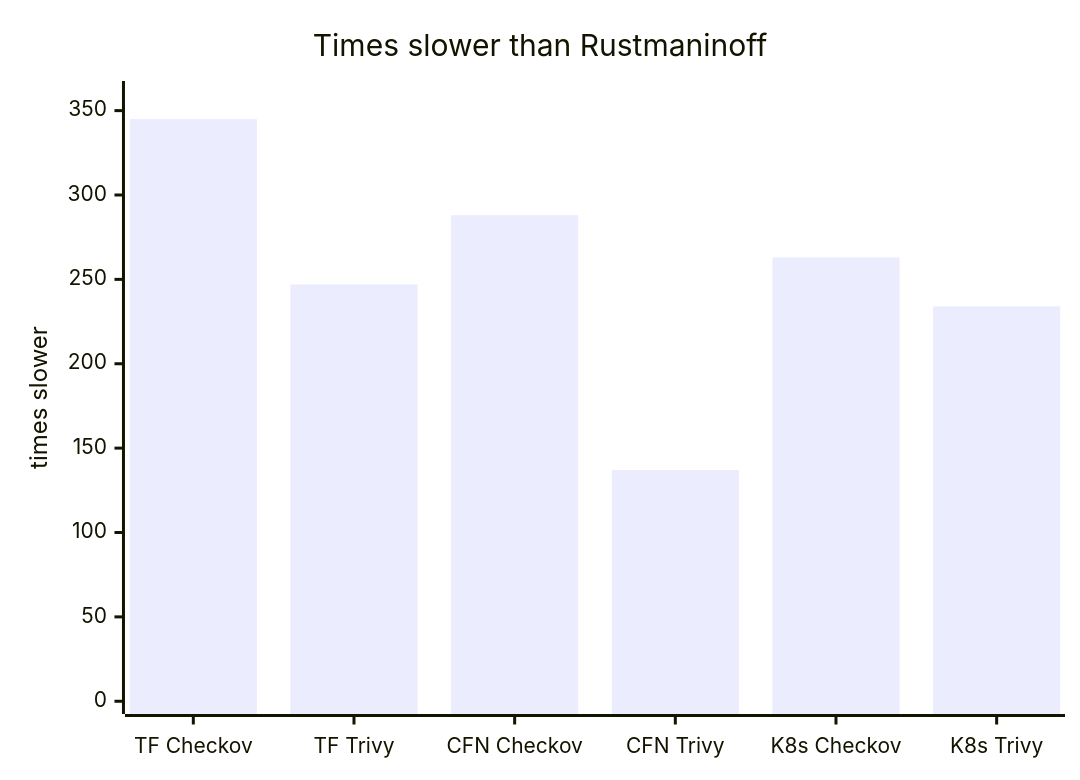
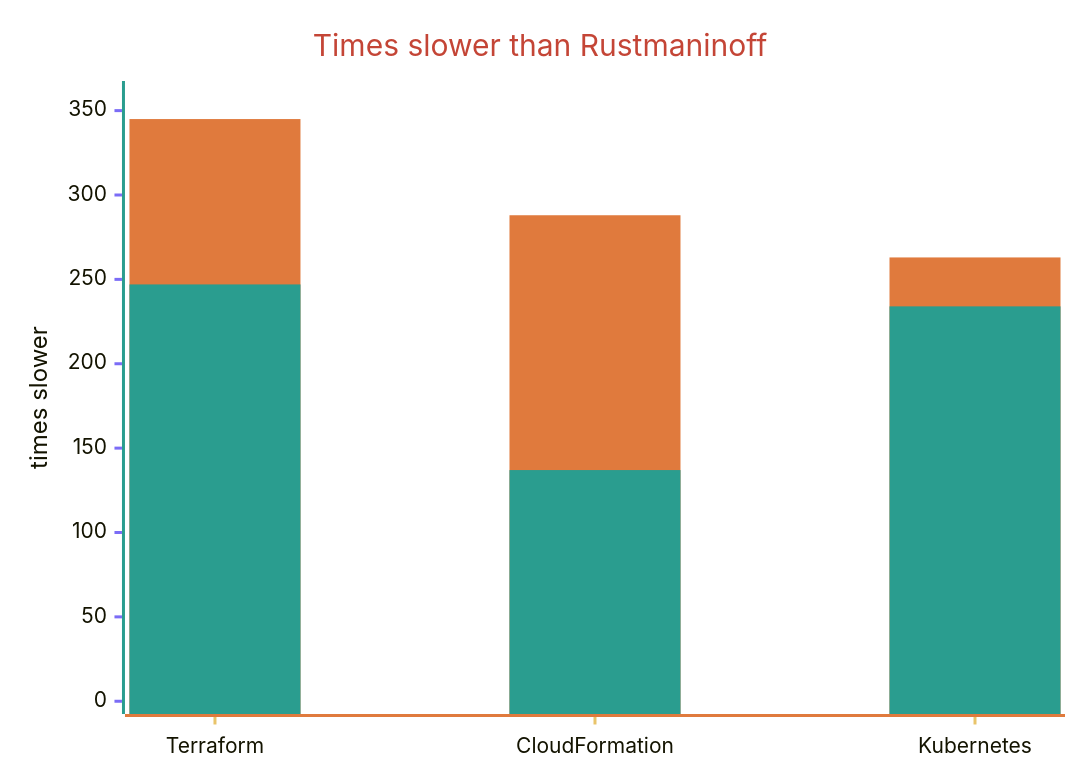
The second of 3 diagrams in README.md (jose-compu/rustmaninoff), drawn with Mermaid before and after one commit. The commit also changed other lines of this file and 1 other file, not shown here.

````diff
--- a/README.md
+++ b/README.md
@@ -92,7 +97,9 @@
 ```mermaid
+%%{init: {"themeVariables": {"xyChart": {"plotColorPalette": "#E07A3D, #2A9D8F, #E9C46A, #3D5A80, #C44536, #7B6CF6", "titleColor": "#C44536", "xAxisLineColor": "#E07A3D", "yAxisLineColor": "#2A9D8F", "xAxisTickColor": "#E9C46A", "yAxisTickColor": "#7B6CF6"}}}}%%
 xychart-beta
     title "Times slower than Rustmaninoff"
-    x-axis ["TF Checkov", "TF Trivy", "CFN Checkov", "CFN Trivy", "K8s Checkov", "K8s Trivy"]
+    x-axis [Terraform, CloudFormation, Kubernetes]
     y-axis "times slower" 0 --> 360
-    bar [345, 247, 288, 137, 263, 234]
+    bar "Checkov" [345, 288, 263]
+    bar "Trivy" [247, 137, 234]
 ```
````
